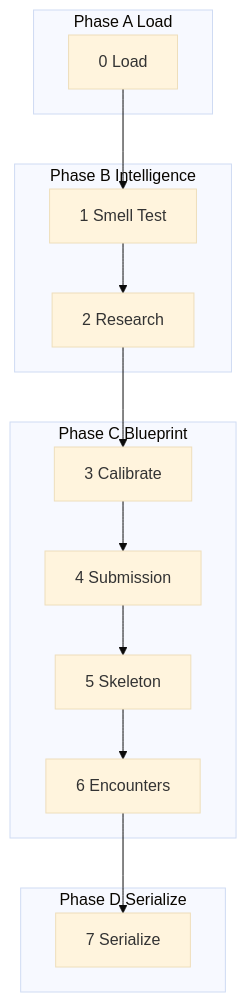
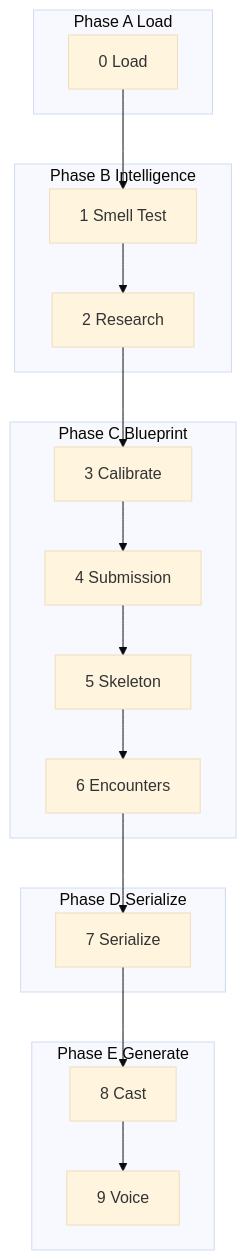
Before and after one commit to cppalliance/wg21-paperflow: the diagram in packages/agora/src/agora/agora.md, drawn with Mermaid (base theme). The commit also changed other lines of this file and 17 other files, not shown here.

````diff
--- a/packages/agora/src/agora/agora.md
+++ b/packages/agora/src/agora/agora.md
@@ -11,26 +12,32 @@
 ```mermaid
 flowchart TD
     subgraph load [Phase A Load]
         S0[0 Load]
     end
     subgraph intelligence [Phase B Intelligence]
         S1[1 Smell Test]
         S2[2 Research]
     end
     subgraph blueprint [Phase C Blueprint]
         S3[3 Calibrate]
         S4[4 Submission]
         S5[5 Skeleton]
         S6[6 Encounters]
     end
     subgraph serialize [Phase D Serialize]
         S7[7 Serialize]
     end
+    subgraph generate [Phase E Generate]
+        S8[8 Cast]
+        S9[9 Voice]
+    end
     S0 --> S1
     S1 --> S2
     S2 --> S3
     S3 --> S4
     S4 --> S5
     S5 --> S6
     S6 --> S7
+    S7 --> S8
+    S8 --> S9
 ```
````
